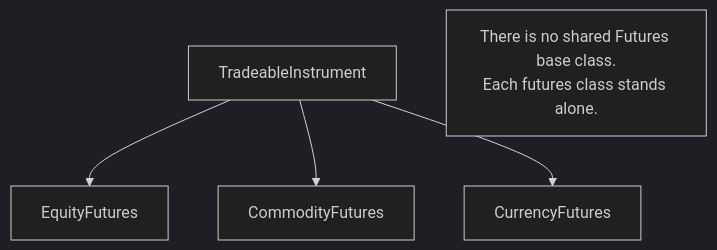
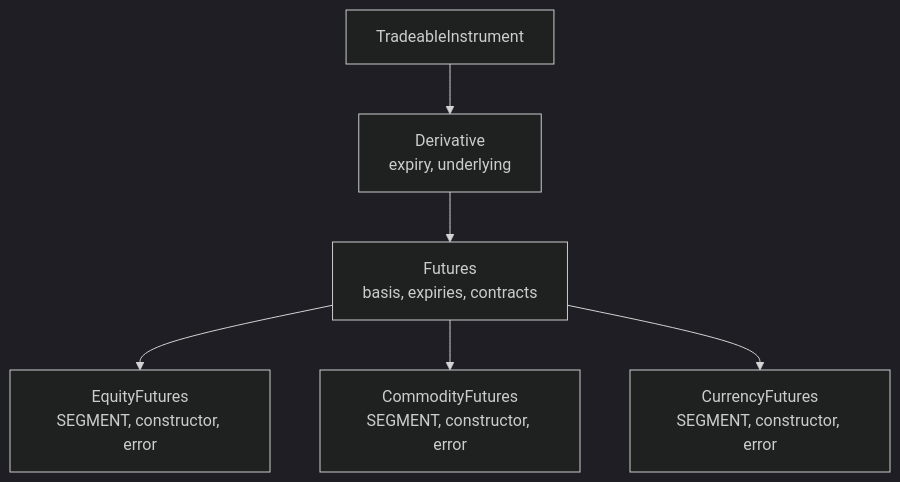
The third of 3 diagrams in docs/architecture/design-choices.md (pramodathani/tradingmachine), drawn with Mermaid (dark theme) before and after one commit. The commit also changed other lines of this file and 16 other files, not shown here.

First line of the commit message:
Document the derivative base classes on the site

````diff
--- a/docs/architecture/design-choices.md
+++ b/docs/architecture/design-choices.md
@@ -118,7 +121,8 @@
 ```mermaid
 flowchart TB
-    T["TradeableInstrument"] --> A["EquityFutures"]
-    T --> B["CommodityFutures"]
-    T --> C["CurrencyFutures"]
-    X["There is no shared Futures base class.<br/>Each futures class stands alone."]
+    T["TradeableInstrument"] --> D["Derivative<br/>expiry, underlying"]
+    D --> F["Futures<br/>basis, expiries, contracts"]
+    F --> A["EquityFutures<br/>SEGMENT, constructor, error"]
+    F --> B["CommodityFutures<br/>SEGMENT, constructor, error"]
+    F --> C["CurrencyFutures<br/>SEGMENT, constructor, error"]
 ```
````
